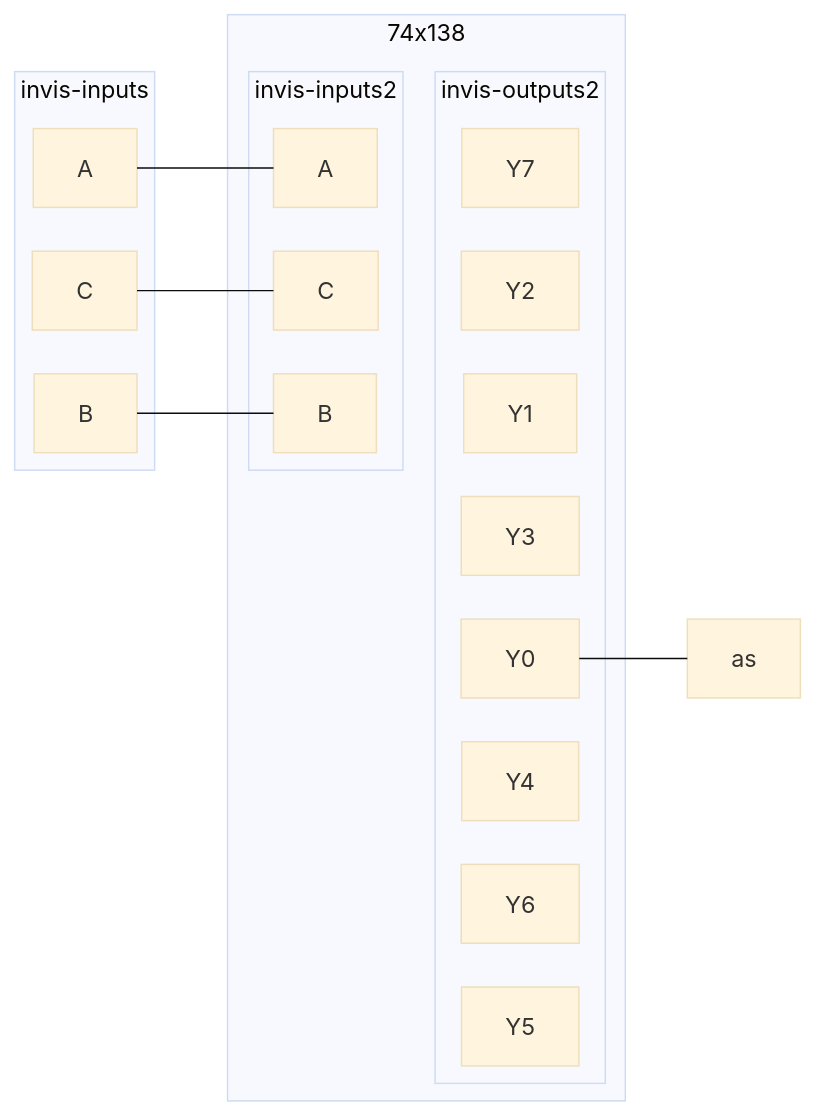
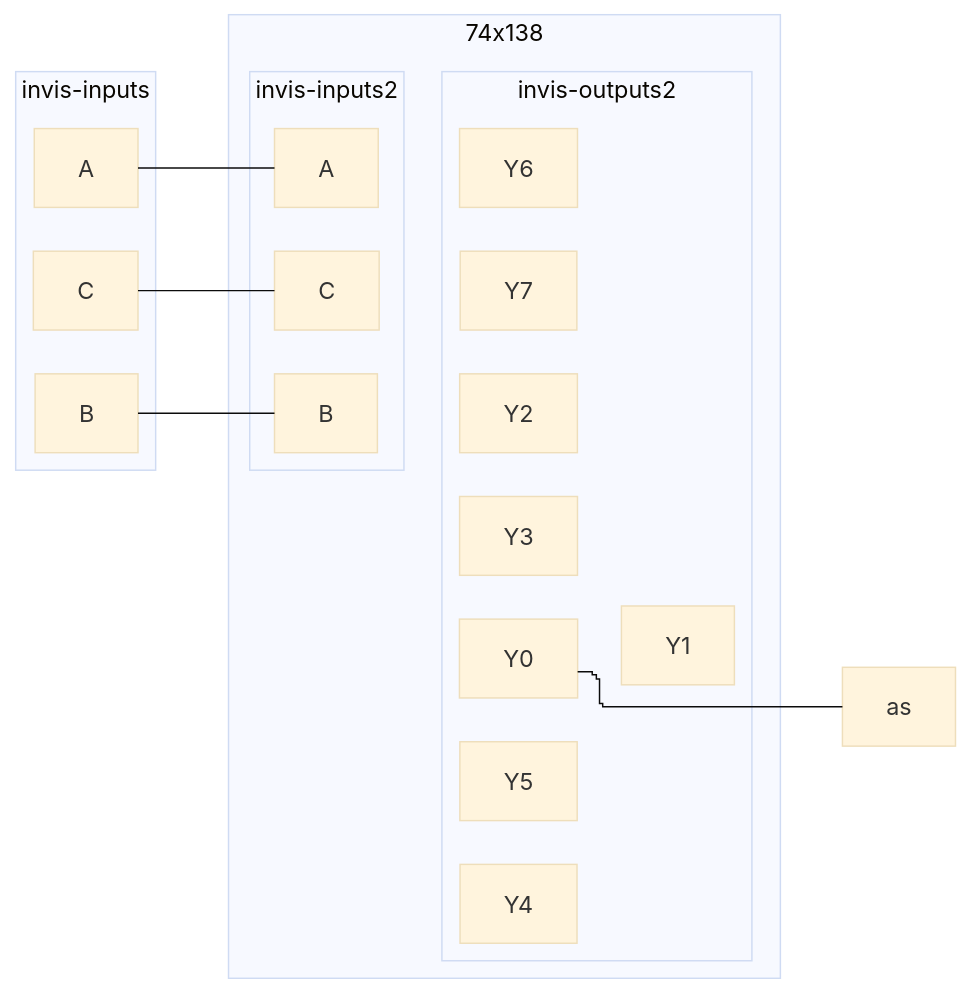
One commit to tnichols217/notes changed the diagram in CSDS 281 - Logic Design/HW/7/tables.md. Above: the diagram before and after it, drawn with Mermaid (base theme). The commit also changed 2 other files, not shown here.

Commit message:
vault backup: 2024-03-27 10:58:14

````diff
--- a/CSDS 281 - Logic Design/HW/7/tables.md
+++ b/CSDS 281 - Logic Design/HW/7/tables.md
@@ -27,28 +27,29 @@
 ```mermaid
 %%{ init: { 'flowchart': { 'curve': 'stepBefore', "defaultRenderer": "elk" } } }%%
 flowchart LR
 subgraph invis-inputs
 A
 B
 C
 end
 subgraph 74x138
 subgraph invis-inputs2
 A --- Aa["A"]
 B --- Bb["B"]
 C --- Cc["C"]
 end
 subgraph invis-outputs2
-Y0
+direction TB
+Y0 ~~~ Y1
 Y1
 Y2
 Y3
 Y4
 Y5
 Y6
 Y7
 end
 invis-inputs2 ~~~ invis-outputs2
 end
 Y0 --- as
 ```
````
